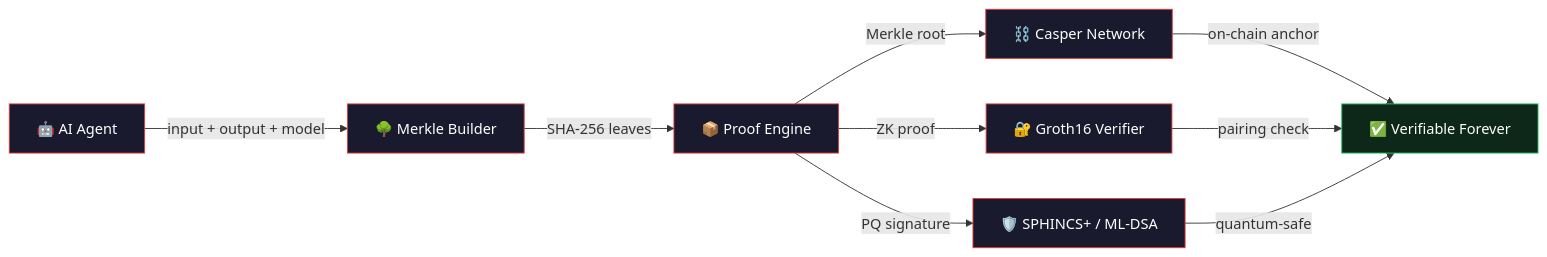
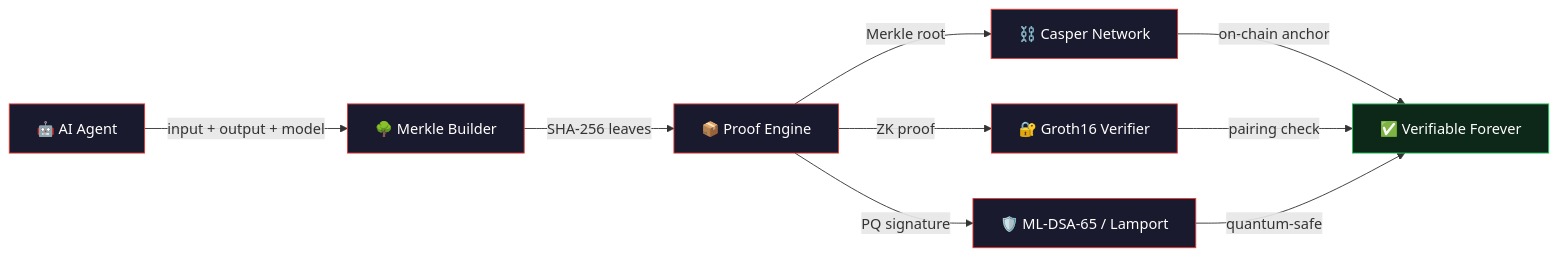
The first of 2 diagrams in README.md (anna-stolbovskaja/CasperProver), drawn with Mermaid before and after one commit. The commit also changed other lines of this file and 6 other files, not shown here.

````diff
--- a/README.md
+++ b/README.md
@@ -58,19 +58,19 @@
 ```mermaid
 flowchart LR
     A["🤖 AI Agent"] -->|"input + output + model"| B["🌳 Merkle Builder"]
     B -->|"SHA-256 leaves"| C["📦 Proof Engine"]
     C -->|"Merkle root"| D["⛓️ Casper Network"]
     C -->|"ZK proof"| E["🔐 Groth16 Verifier"]
-    C -->|"PQ signature"| F["🛡️ SPHINCS+ / ML-DSA"]
+    C -->|"PQ signature"| F["🛡️ ML-DSA-65 / Lamport"]
     D -->|"on-chain anchor"| G["✅ Verifiable Forever"]
     E -->|"pairing check"| G
     F -->|"quantum-safe"| G
 
     style A fill:#1a1a2e,stroke:#e53935,color:#fff
     style B fill:#1a1a2e,stroke:#e53935,color:#fff
     style C fill:#1a1a2e,stroke:#e53935,color:#fff
     style D fill:#1a1a2e,stroke:#e53935,color:#fff
     style E fill:#1a1a2e,stroke:#e53935,color:#fff
     style F fill:#1a1a2e,stroke:#e53935,color:#fff
     style G fill:#0d2818,stroke:#22c55e,color:#fff
 ```
````
